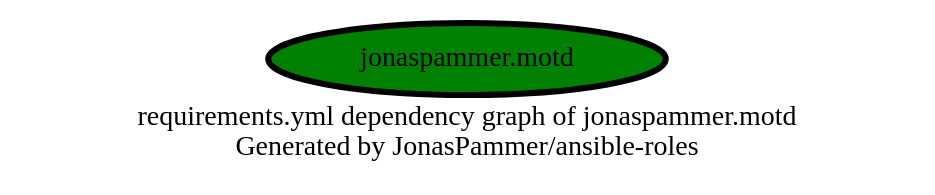
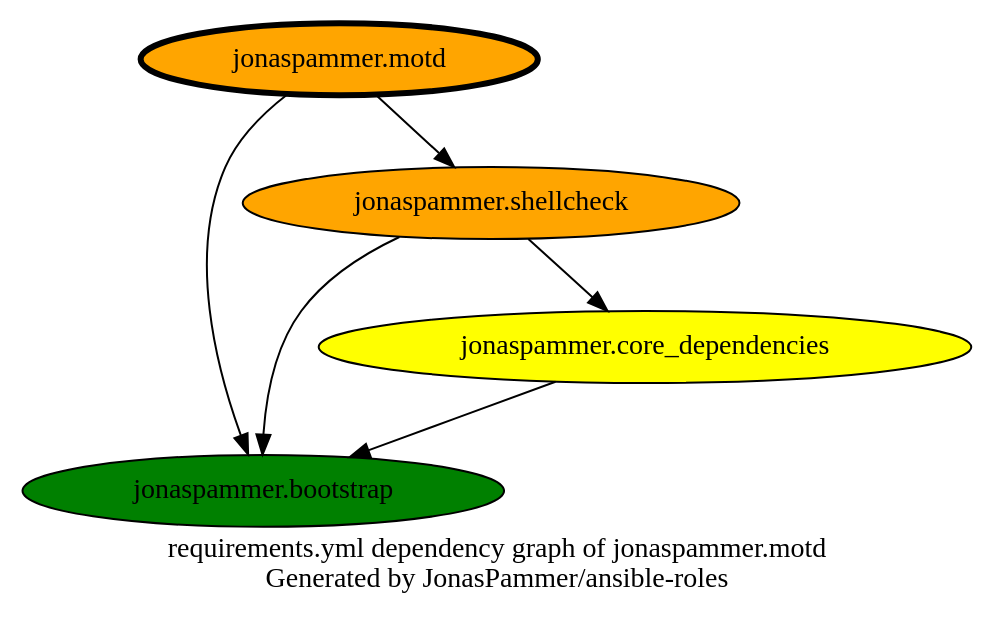
One commit to JonasPammer/ansible-roles changed the diagram in graphs/dependencies_motd.dot. Above: the diagram before and after it, drawn with Graphviz. The commit also changed 42 other files, not shown here.

```diff
--- a/graphs/dependencies_motd.dot
+++ b/graphs/dependencies_motd.dot
@@ -1,10 +1,17 @@
+// This file is generated from `templates/dependencies_single.adoc.jinja2` by Github CI, all local changes will be lost eventually.
 digraph hierarchy {
   label = "requirements.yml dependency graph of jonaspammer.motd \n Generated by JonasPammer/ansible-roles" ;
   overlap=false
 
   {
-    "jonaspammer.motd" [fillcolor=green style=filled penwidth=3]
+    "jonaspammer.motd" [fillcolor=orange style=filled penwidth=3]
+    "jonaspammer.bootstrap" [fillcolor=green style=filled ]
+    "jonaspammer.shellcheck" [fillcolor=orange style=filled ]
+    "jonaspammer.core_dependencies" [fillcolor=yellow style=filled ]
   }
 
 
+  "jonaspammer.motd" -> {"jonaspammer.bootstrap" "jonaspammer.shellcheck"}
+  "jonaspammer.shellcheck" -> {"jonaspammer.bootstrap" "jonaspammer.core_dependencies"}
+  "jonaspammer.core_dependencies" -> {"jonaspammer.bootstrap"}
 }
```
